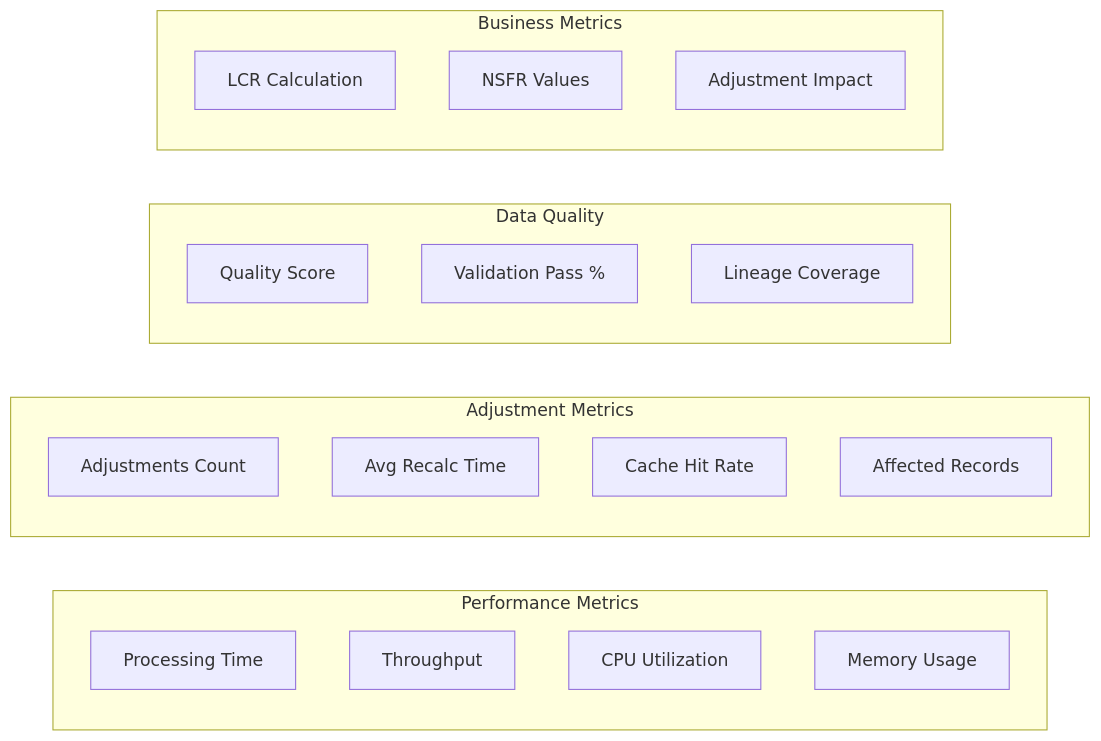
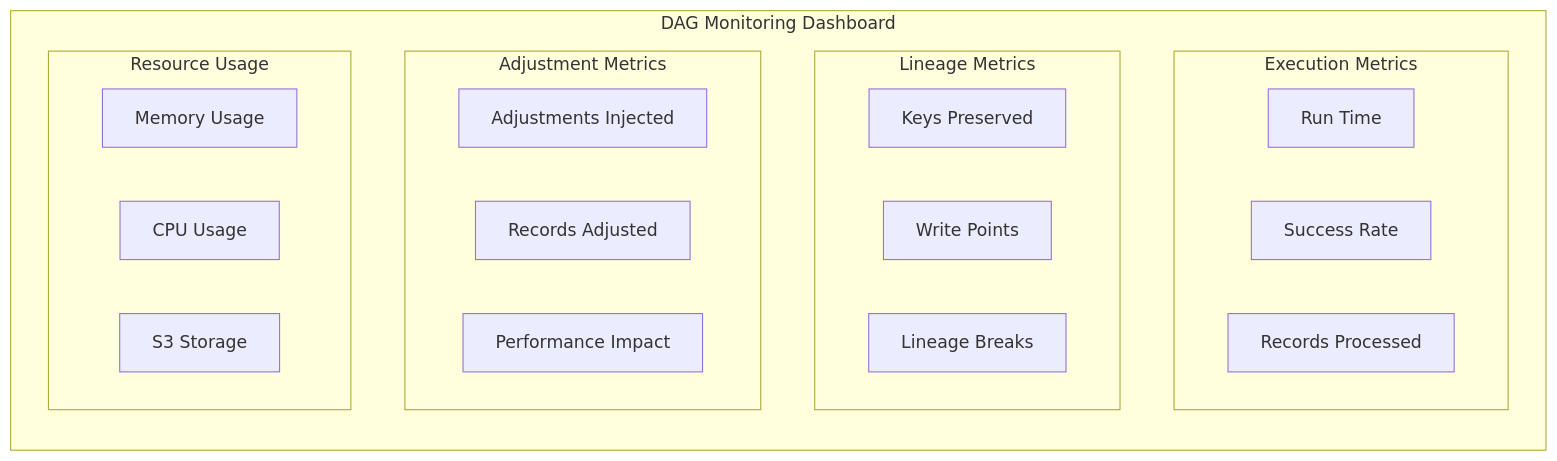
Before and after one commit to foolishimp/c4h_projects: the ninth of 9 diagrams in processes/adjustments_models_v1.md, drawn with Mermaid. The commit also changed other lines of this file and 1 other file, not shown here.

````diff
--- a/processes/adjustments_models_v1.md
+++ b/processes/adjustments_models_v1.md
@@ -932,28 +1311,28 @@
 ```mermaid
 graph LR
-    subgraph "Performance Metrics"
-        PT[Processing Time]
-        TPT[Throughput]
-        CU[CPU Utilization]
-        MU[Memory Usage]
-    end
-    
-    subgraph "Adjustment Metrics"
-        AC[Adjustments Count]
-        ART[Avg Recalc Time]
-        CHR[Cache Hit Rate]
-        ARC[Affected Records]
-    end
-    
-    subgraph "Data Quality"
-        DQ[Quality Score]
-        VAL[Validation Pass %]
-        LIN[Lineage Coverage]
-    end
-    
-    subgraph "Business Metrics"
-        LCR[LCR Calculation]
-        NSFR[NSFR Values]
-        ADJ[Adjustment Impact]
+    subgraph "DAG Monitoring Dashboard"
+        subgraph "Execution Metrics"
+            RT[Run Time]
+            SR[Success Rate]
+            RP[Records Processed]
+        end
+        
+        subgraph "Lineage Metrics"
+            KC[Keys Preserved]
+            WP[Write Points]
+            LB[Lineage Breaks]
+        end
+        
+        subgraph "Adjustment Metrics"
+            AI[Adjustments Injected]
+            RA[Records Adjusted]
+            PI[Performance Impact]
+        end
+        
+        subgraph "Resource Usage"
+            MU[Memory Usage]
+            CU[CPU Usage]
+            SU[S3 Storage]
+        end
     end
 ```
````
